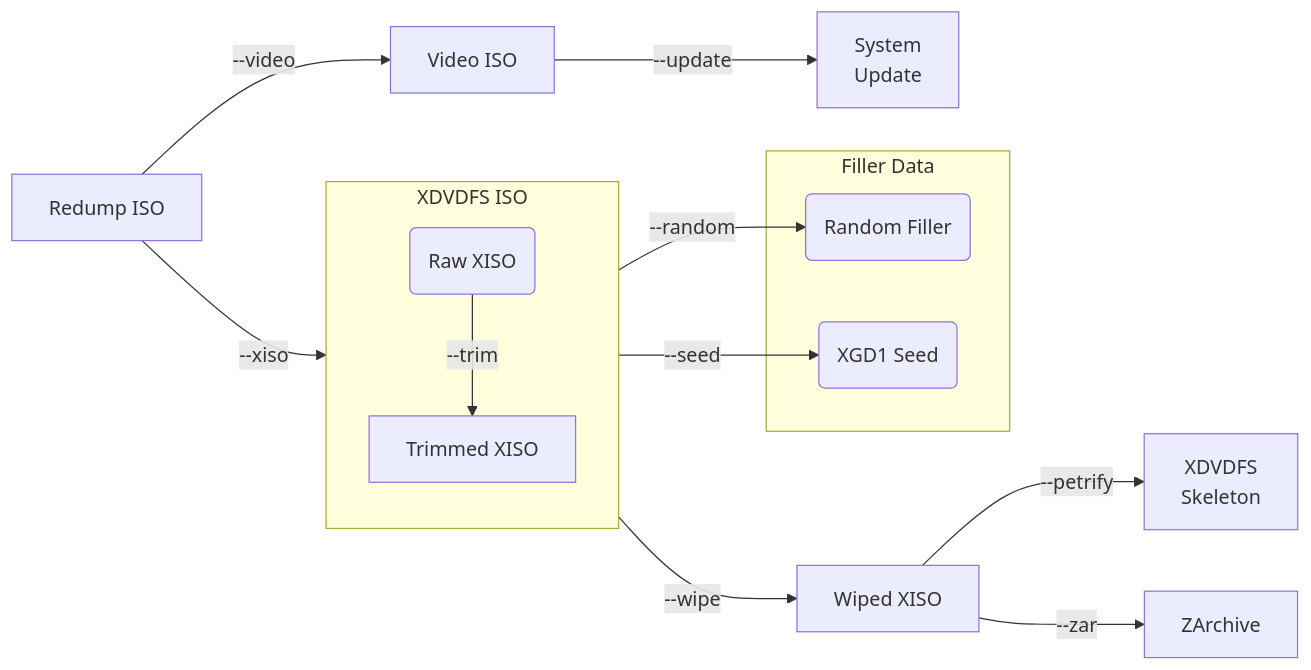
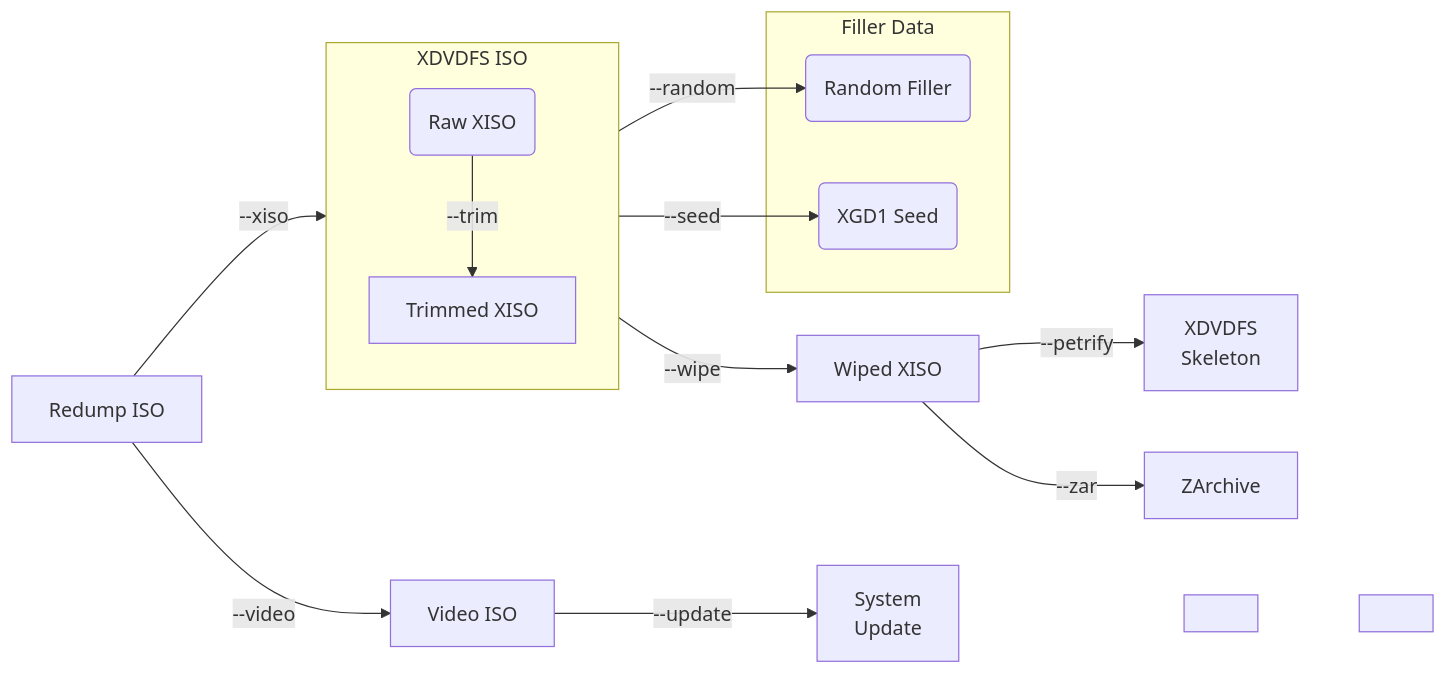
The diagram in README.md (Deterous/XboxKit), drawn with Mermaid before and after one commit.

Commit message:
Force graph order

````diff
--- a/README.md
+++ b/README.md
@@ -5,26 +5,28 @@
 ```mermaid
 graph LR
     A[Redump ISO]
     P[XDVDFS\nSkeleton]
     T[Trimmed XISO]
     U[System\nUpdate]
     V[Video ISO]
     W[Wiped XISO]
     Z[ZArchive]
     subgraph X [XDVDFS ISO]
         XISO(Raw XISO)
         XISO -->|--trim| T
     end
     subgraph F [Filler Data]
         R(Random Filler)
         S(XGD1 Seed)
     end
     A -->|--video| V
     V -->|--update| U
     A -->|--xiso| X
     X -->|--random| R
     X -->|--seed| S
     X -->|--wipe| W
     W -->|--petrify| P
     W -->|--zar| Z
+    U ~~~ B[ ]:::hidden
+    B ~~~ C[ ]:::hidden
 ```
````
